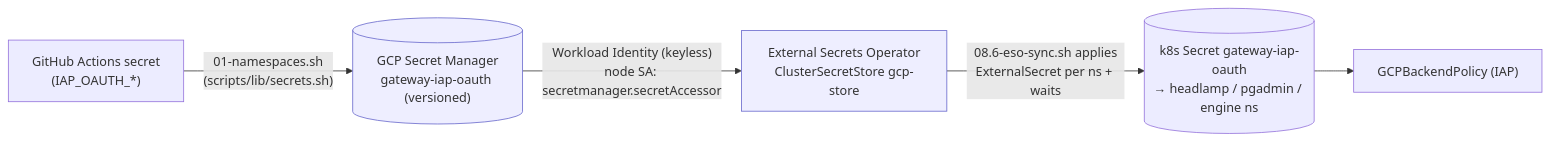
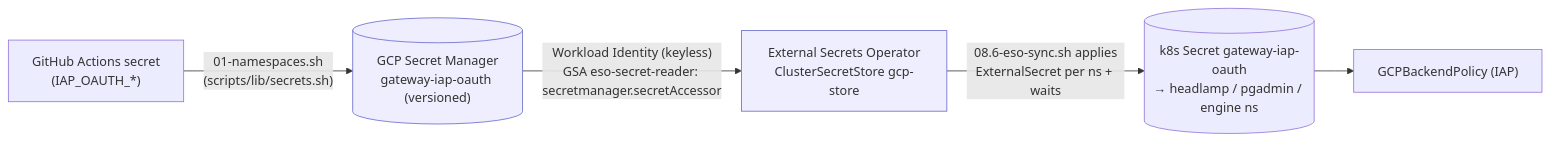
Before and after one commit to nubenetes/jenkins-2026: the seventh of 9 diagrams in docs/201-ARCHITECTURE.md, drawn with Mermaid. The commit also changed other lines of this file and 3 other files, not shown here.

First line of the commit message:
fix(eso): give ESO a Workload Identity GSA to read Secret Manager

````diff
--- a/docs/201-ARCHITECTURE.md
+++ b/docs/201-ARCHITECTURE.md
@@ -430,9 +430,9 @@
 ```mermaid
 flowchart LR
     GH["GitHub Actions secret<br/>(IAP_OAUTH_*)"] -->|"01-namespaces.sh<br/>(scripts/lib/secrets.sh)"| SM[("GCP Secret Manager<br/>gateway-iap-oauth (versioned)")]
-    SM -->|"Workload Identity (keyless)<br/>node SA: secretmanager.secretAccessor"| ESO["External Secrets Operator<br/>ClusterSecretStore gcp-store"]
+    SM -->|"Workload Identity (keyless)<br/>GSA eso-secret-reader: secretmanager.secretAccessor"| ESO["External Secrets Operator<br/>ClusterSecretStore gcp-store"]
     ESO -->|"08.6-eso-sync.sh applies<br/>ExternalSecret per ns + waits"| K[("k8s Secret gateway-iap-oauth<br/>→ headlamp / pgadmin / engine ns")]
     K --> P["GCPBackendPolicy (IAP)"]
     classDef sm fill:#eef,stroke:#66c;
     class SM,ESO sm;
 ```
````
